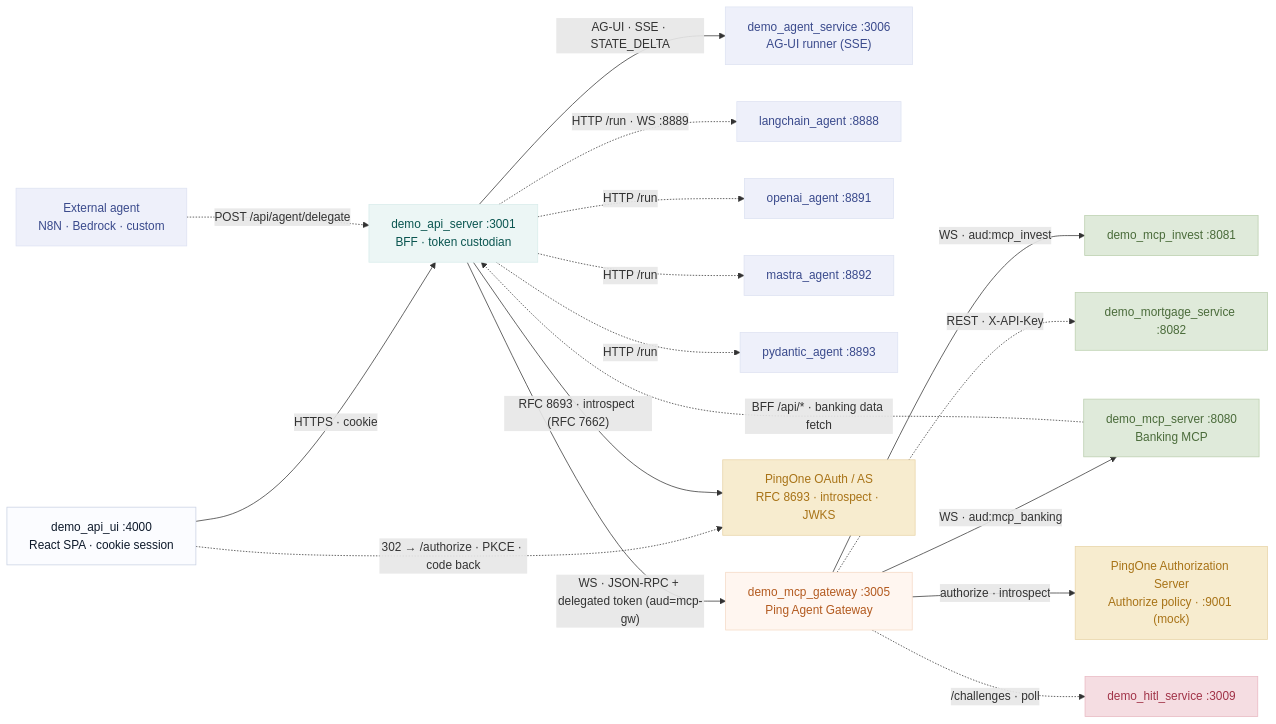
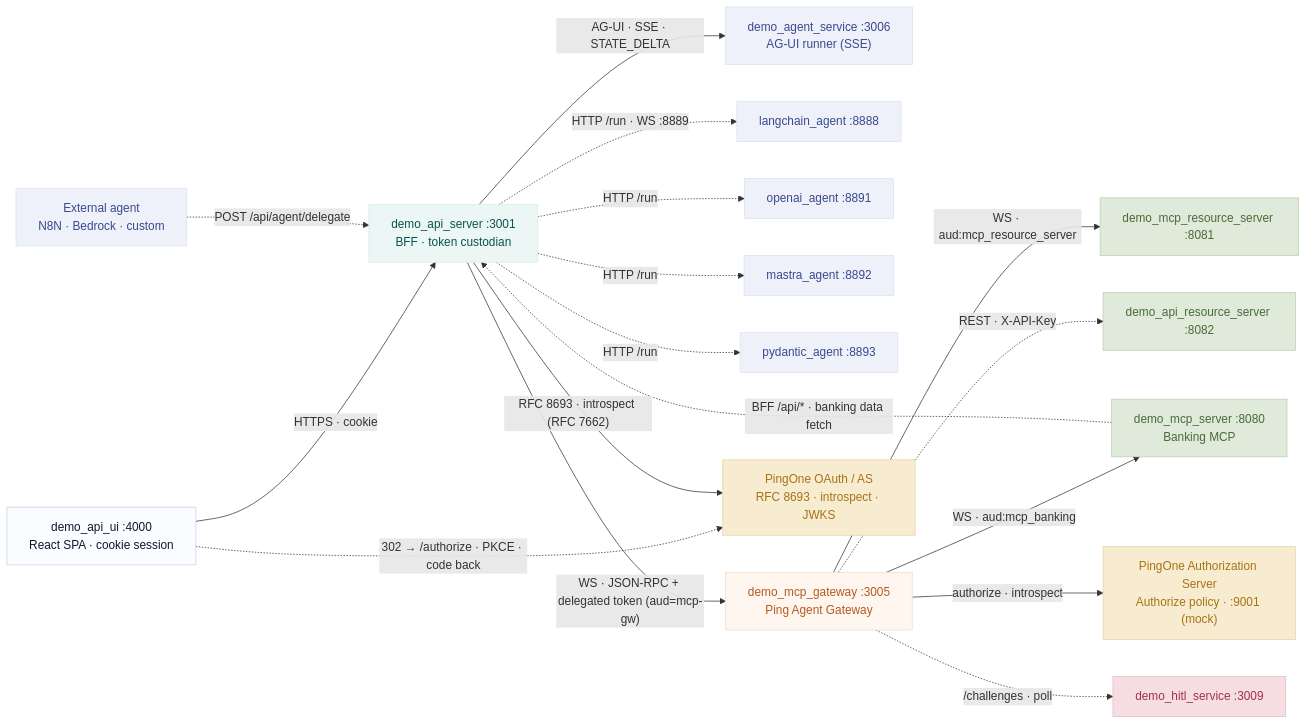
Before and after one commit to curtismu7/AI-DEMO2: the first of 2 diagrams in README.md, drawn with Mermaid. The commit also changed other lines of this file and 250 other files, not shown here.

First line of the commit message:
refactor: rename mortgage-service to api-resource-server, mcp-invest to mcp-resource-server

````diff
--- a/README.md
+++ b/README.md
@@ -78,43 +78,43 @@
 ```mermaid
 flowchart LR
   classDef client    fill:#fbfcff,stroke:#c9d1e3,color:#0e1a2b
   classDef bff       fill:#ecf6f5,stroke:#d8eceb,color:#0a5550
   classDef agent     fill:#eef0fa,stroke:#dde2f2,color:#3a4a8c
   classDef gw        fill:#fff6f0,stroke:#f5d9c4,color:#b35a1f
   classDef hitl      fill:#f5dde2,stroke:#e9b8c2,color:#a13348
   classDef mcp       fill:#dfeada,stroke:#bbcfae,color:#4a6b3a
   classDef ping      fill:#f7eccf,stroke:#e8d4a8,color:#a87317
 
   UI["demo_api_ui :4000<br/>React SPA · cookie session"]:::client
   SRV["demo_api_server :3001<br/>BFF · token custodian"]:::bff
   AGSVC["demo_agent_service :3006<br/>AG-UI runner (SSE)"]:::agent
   LC["langchain_agent :8888"]:::agent
   OA["openai_agent :8891"]:::agent
   MS["mastra_agent :8892"]:::agent
   PD["pydantic_agent :8893"]:::agent
   EXT["External agent<br/>N8N · Bedrock · custom"]:::agent
   GATE["demo_mcp_gateway :3005<br/>Ping Agent Gateway"]:::gw
   HITL["demo_hitl_service :3009"]:::hitl
   MBANK["demo_mcp_server :8080<br/>Banking MCP"]:::mcp
-  MINV["demo_mcp_invest :8081"]:::mcp
-  MMORT["demo_mortgage_service :8082"]:::mcp
+  MINV["demo_mcp_resource_server :8081"]:::mcp
+  MMORT["demo_api_resource_server :8082"]:::mcp
   POAUTH["PingOne OAuth / AS<br/>RFC 8693 · introspect · JWKS"]:::ping
   PAAM["PingOne Authorization Server<br/>Authorize policy · :9001 (mock)"]:::ping
 
   UI -->|"HTTPS · cookie"| SRV
   UI -.->|"302 → /authorize · PKCE · code back"| POAUTH
   EXT -.->|"POST /api/agent/delegate"| SRV
   SRV -->|"AG-UI · SSE · STATE_DELTA"| AGSVC
   SRV -.->|"HTTP /run · WS :8889"| LC
   SRV -.->|"HTTP /run"| OA
   SRV -.->|"HTTP /run"| MS
   SRV -.->|"HTTP /run"| PD
   SRV -->|"WS · JSON-RPC + delegated token (aud=mcp-gw)"| GATE
   SRV -->|"RFC 8693 · introspect (RFC 7662)"| POAUTH
   GATE -->|"WS · aud:mcp_banking"| MBANK
-  GATE -->|"WS · aud:mcp_invest"| MINV
+  GATE -->|"WS · aud:mcp_resource_server"| MINV
   GATE -.->|"REST · X-API-Key"| MMORT
   GATE -->|"authorize · introspect"| PAAM
   GATE -.->|"/challenges · poll"| HITL
   MBANK -.->|"BFF /api/* · banking data fetch"| SRV
 ```
````
